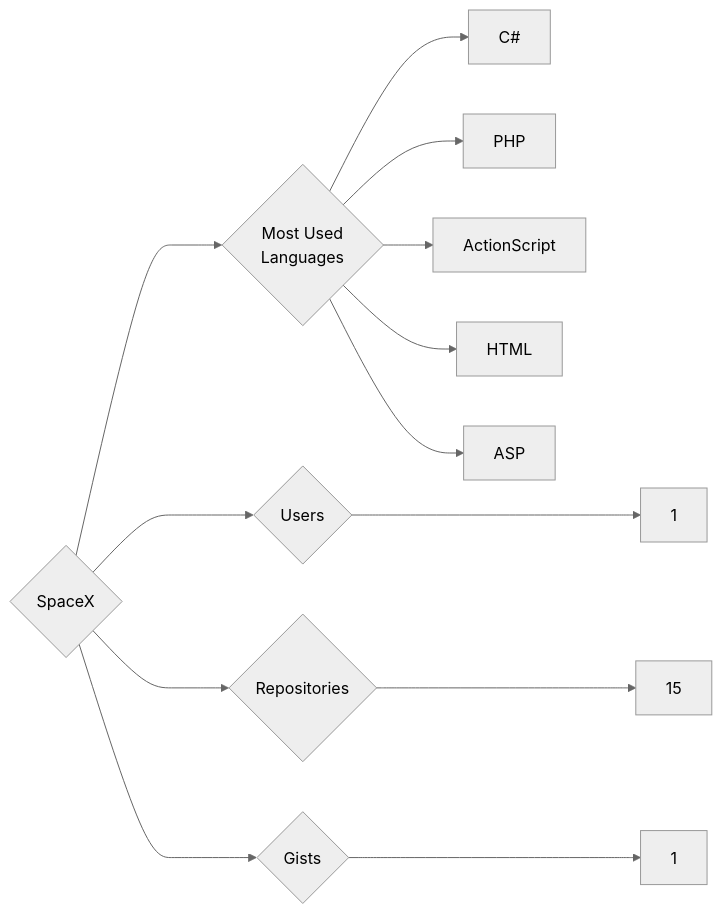
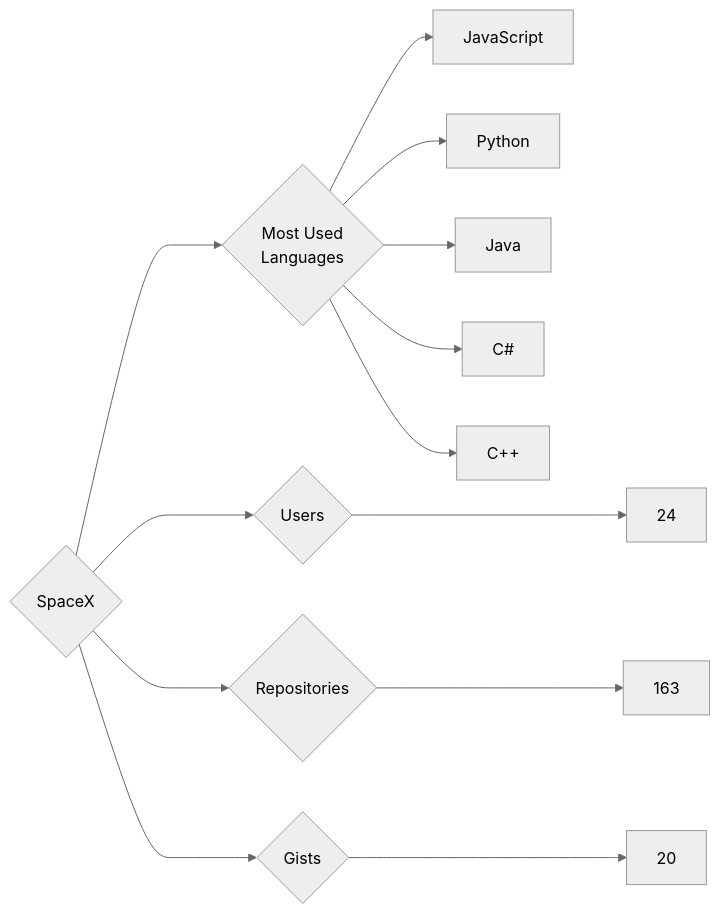
One commit to trickest/insiders changed the diagram in targets/SpaceX/README.md. Above: the diagram before and after it, drawn with Mermaid (neutral theme). The commit also changed 829 other files, not shown here.

````diff
--- a/targets/SpaceX/README.md
+++ b/targets/SpaceX/README.md
@@ -3,13 +3,13 @@
 ```mermaid
 graph LR
 COMPANY_NAME{SpaceX}
-COMPANY_NAME ---> U{Users} ---> UN[1]
-COMPANY_NAME ---> R{Repositories} ---> RN[15]
-COMPANY_NAME ---> G{Gists} ---> GN[1]
+COMPANY_NAME ---> U{Users} ---> UN[24]
+COMPANY_NAME ---> R{Repositories} ---> RN[163]
+COMPANY_NAME ---> G{Gists} ---> GN[20]
 COMPANY_NAME ---> ML{Most Used<br>Languages}
+ML --> JavaScript[JavaScript]
+ML --> Python[Python]
+ML --> Java[Java]
 ML --> C#[C#]
-ML --> PHP[PHP]
-ML --> ActionScript[ActionScript]
-ML --> HTML[HTML]
-ML --> ASP[ASP]
+ML --> C++[C++]
 ```
````
